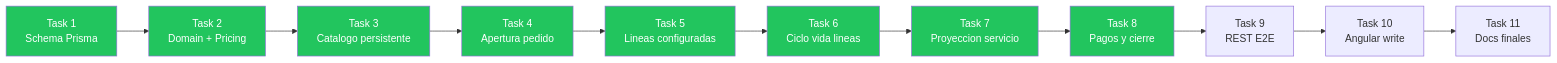
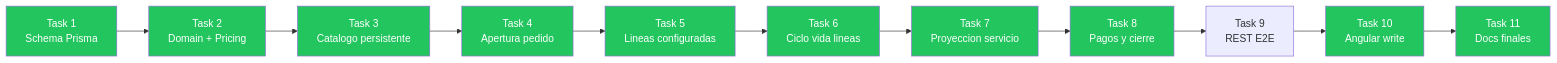
One commit to Programito/fullstack-architecture-lab changed the first of 6 diagrams in backend/docs/service-floor-api.md. Above: the diagram before and after it, drawn with Mermaid. The commit also changed other lines of this file, not shown here.

````diff
--- a/backend/docs/service-floor-api.md
+++ b/backend/docs/service-floor-api.md
@@ -11,22 +11,24 @@
 ```mermaid
 flowchart LR
   T1[Task 1\nSchema Prisma] --> T2[Task 2\nDomain + Pricing]
   T2 --> T3[Task 3\nCatalogo persistente]
   T3 --> T4[Task 4\nApertura pedido]
   T4 --> T5[Task 5\nLineas configuradas]
   T5 --> T6[Task 6\nCiclo vida lineas]
   T6 --> T7[Task 7\nProyeccion servicio]
   T7 --> T8[Task 8\nPagos y cierre]
   T8 --> T9[Task 9\nREST E2E]
   T9 --> T10[Task 10\nAngular write]
   T10 --> T11[Task 11\nDocs finales]
 
   style T1 fill:#22c55e,color:#fff
   style T2 fill:#22c55e,color:#fff
   style T3 fill:#22c55e,color:#fff
   style T4 fill:#22c55e,color:#fff
   style T5 fill:#22c55e,color:#fff
   style T6 fill:#22c55e,color:#fff
   style T7 fill:#22c55e,color:#fff
   style T8 fill:#22c55e,color:#fff
+  style T10 fill:#22c55e,color:#fff
+  style T11 fill:#22c55e,color:#fff
 ```
````
